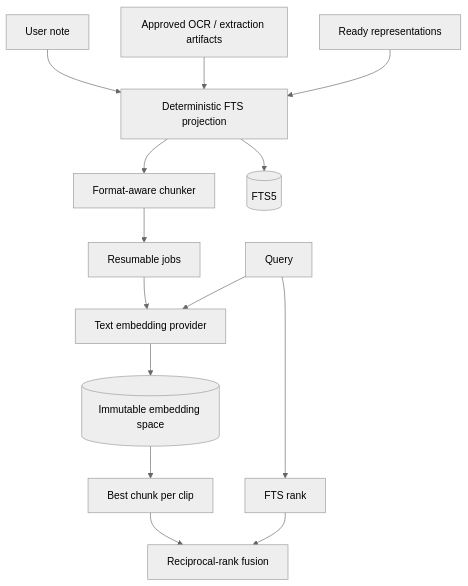
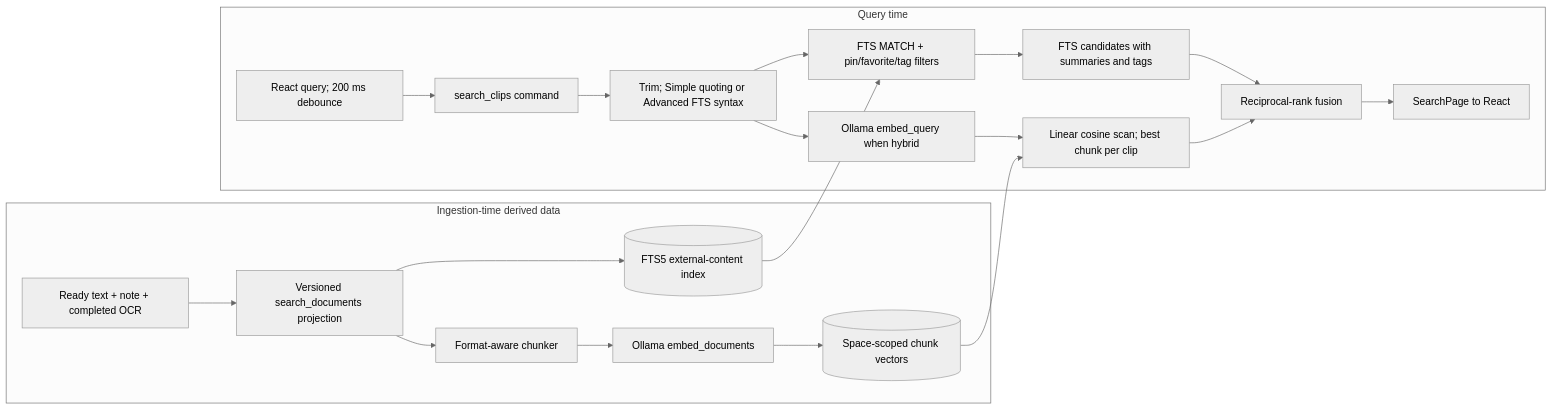
Before and after one commit to azure06/clipsx: the fourth of 5 diagrams in docs/ARCHITECTURE.md, drawn with Mermaid (neutral theme). The commit also changed other lines of this file and 2 other files, not shown here.

Commit message:
docs: update architecture guidance

````diff
--- a/docs/ARCHITECTURE.md
+++ b/docs/ARCHITECTURE.md
@@ -147,16 +307,25 @@
 ```mermaid
-flowchart TB
-  Raw[Ready representations] --> Projection[Deterministic FTS projection]
-  Artifacts[Approved OCR / extraction artifacts] --> Projection
-  Note[User note] --> Projection
-  Projection --> FTS[(FTS5)]
-  Projection --> Chunker[Format-aware chunker]
-  Chunker --> Jobs[Resumable jobs]
-  Jobs --> Provider[Text embedding provider]
-  Provider --> Space[(Immutable embedding space)]
-  Query --> FTSRank[FTS rank]
-  Query --> Provider
-  Space --> VectorRank[Best chunk per clip]
-  FTSRank --> RRF[Reciprocal-rank fusion]
-  VectorRank --> RRF
+flowchart LR
+  subgraph Ingest["Ingestion-time derived data"]
+    Sources["Ready text + note + completed OCR"] --> Projection["Versioned search_documents projection"]
+    Projection --> FTS[(FTS5 external-content index)]
+    Projection --> Chunker["Format-aware chunker"]
+    Chunker --> DocEmbed["Ollama embed_documents"]
+    DocEmbed --> Vectors[("Space-scoped chunk vectors")]
+  end
+
+  subgraph QueryPath["Query time"]
+    React["React query; 200 ms debounce"] --> Command["search_clips command"]
+    Command --> Syntax["Trim; Simple quoting or Advanced FTS syntax"]
+    Syntax --> FTSQuery["FTS MATCH + pin/favorite/tag filters"]
+    FTS --> FTSQuery
+    FTSQuery --> Candidates["FTS candidates with summaries and tags"]
+
+    Syntax --> QueryEmbed["Ollama embed_query when hybrid"]
+    QueryEmbed --> Cosine["Linear cosine scan; best chunk per clip"]
+    Vectors --> Cosine
+    Candidates --> RRF["Reciprocal-rank fusion"]
+    Cosine --> RRF
+    RRF --> Page["SearchPage to React"]
+  end
 ```
````
